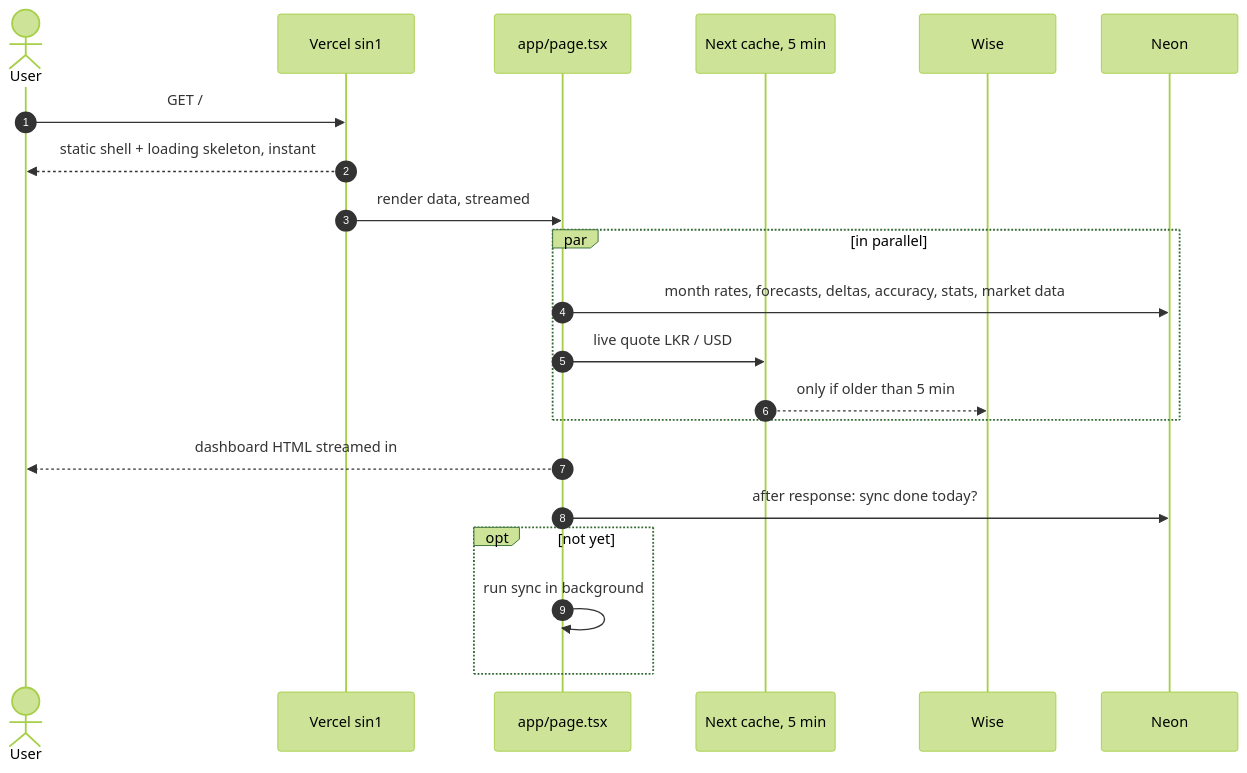
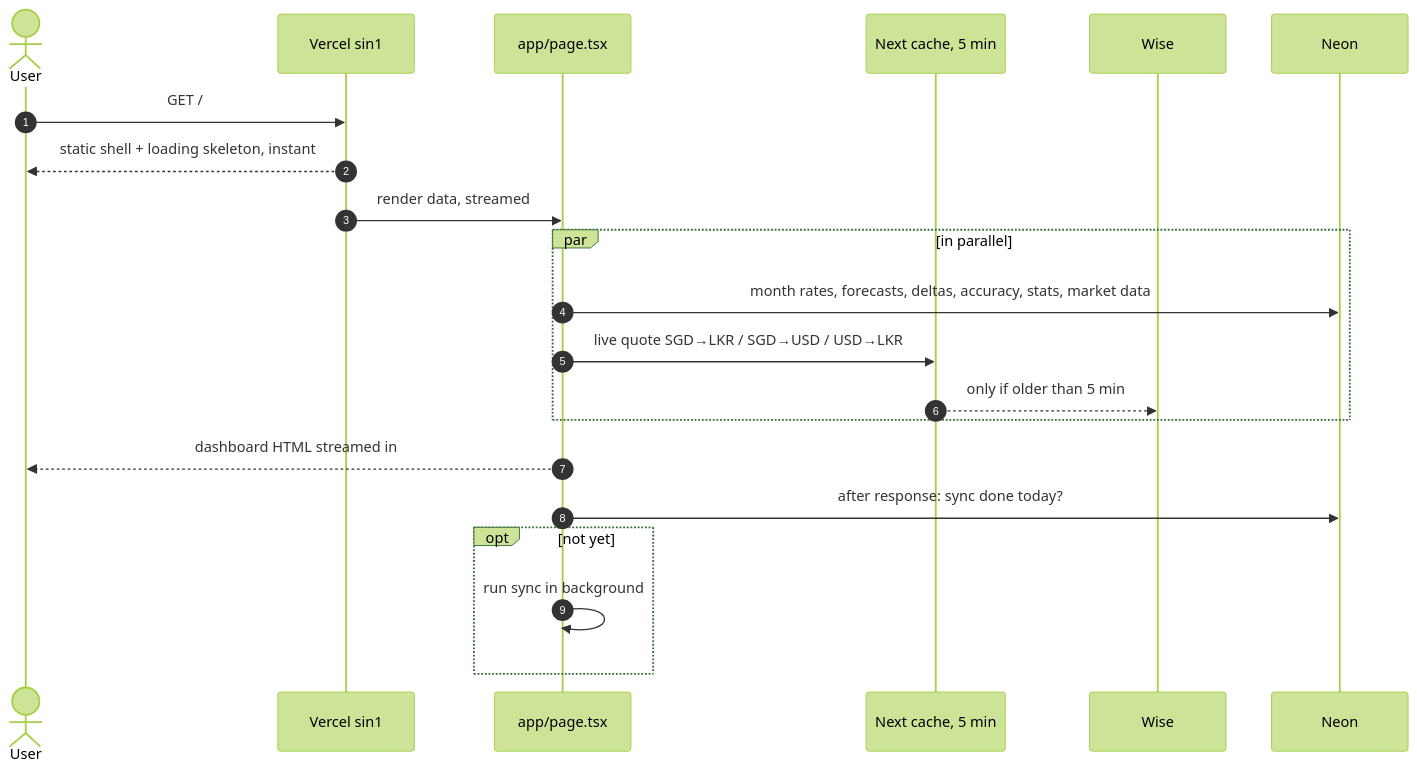
The fifth of 7 diagrams in README.md (osandadeshan/ratecast), drawn with Mermaid (forest theme) before and after one commit. The commit also changed other lines of this file and 11 other files, not shown here.

Commit message:
Docs: bring README, AGENTS, CLAUDE, rules and skills up to date (USD→LKR, CBSL data, cbsl_gap, significance gate, tests, local workflow)

````diff
--- a/README.md
+++ b/README.md
@@ -221,23 +226,23 @@
 ```mermaid
 sequenceDiagram
     autonumber
     actor User
     participant Edge as Vercel sin1
     participant Page as app/page.tsx
     participant Cache as Next cache, 5 min
     participant Wise
     participant DB as Neon
     User->>Edge: GET /
     Edge-->>User: static shell + loading skeleton, instant
     Edge->>Page: render data, streamed
     par in parallel
         Page->>DB: month rates, forecasts, deltas, accuracy, stats, market data
-        Page->>Cache: live quote LKR / USD
+        Page->>Cache: live quote SGD→LKR / SGD→USD / USD→LKR
         Cache-->>Wise: only if older than 5 min
     end
     Page-->>User: dashboard HTML streamed in
     Page->>DB: after response: sync done today?
     opt not yet
         Page->>Page: run sync in background
     end
 ```
````
